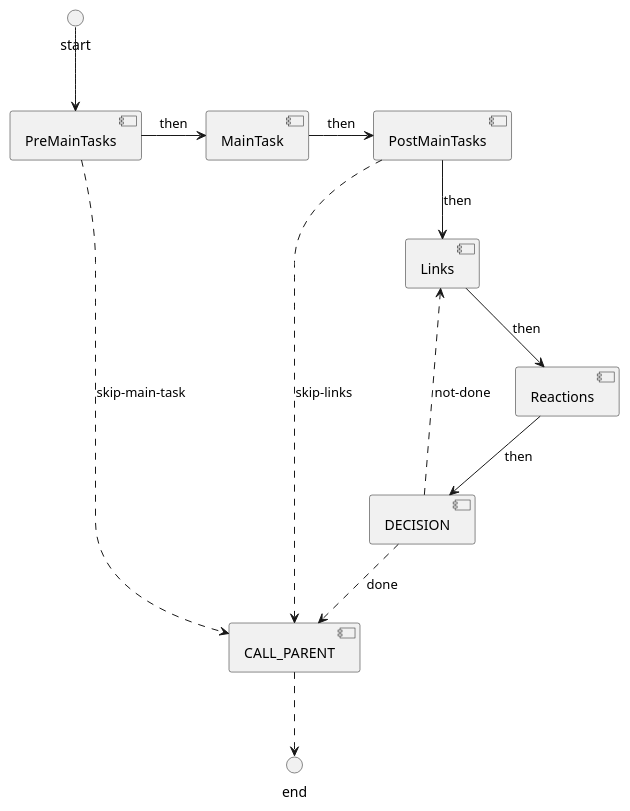
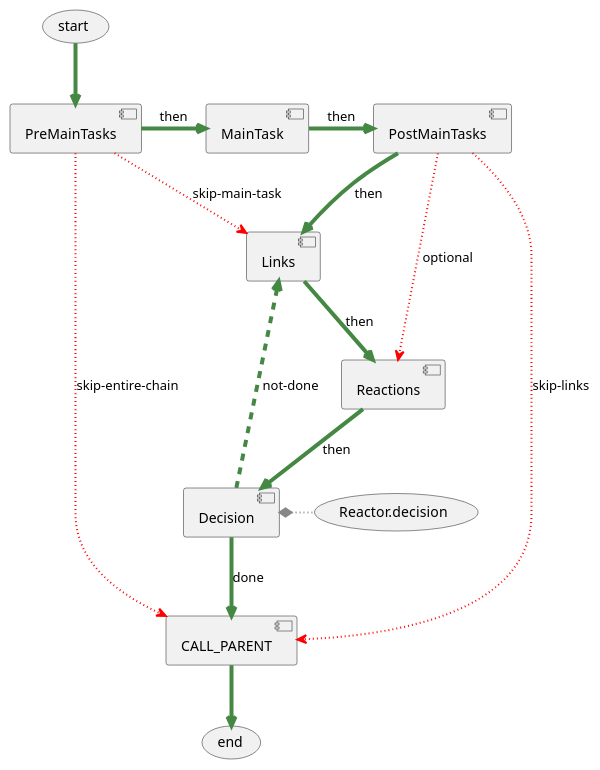
One commit to trav3ll3r/chainReaction changed the diagram in docs/chain_reactor.plantuml. Above: the diagram before and after it, drawn with PlantUML. The commit also changed 16 other files, not shown here.

Commit message:
Execute startChain on new single thread

```diff
--- a/docs/chain_reactor.plantuml
+++ b/docs/chain_reactor.plantuml
@@ -1,19 +1,24 @@
 @startuml
+    skinparam arrowThickness 4
+    skinparam arrowColor #448844
 
-    start --> [PreMainTasks]
+    (start) --> [PreMainTasks]
 	[PreMainTasks] -right-> [MainTask] : then
 	[MainTask] -right-> [PostMainTasks] : then
 	[PostMainTasks] --> [Links] : then
 
 	[Links] --> [Reactions] : then
 
-	[Reactions] -down-> [DECISION]  : then
-	[DECISION] .right.> [Links] : not-done
+	[Reactions] -down-> [Decision] : then
+	[Decision] .right.> [Links] : not-done
 
+    [Decision] *-[dotted,#888,thickness=2]right- (Reactor.decision)
+	[Decision] --> [CALL_PARENT] : done
+	[PreMainTasks] .[dotted,#f00,thickness=2].> [CALL_PARENT] : skip-entire-chain
+	[PostMainTasks] .[dotted,#f00,thickness=2].> [CALL_PARENT] : skip-links
 
-	[DECISION] ..> [CALL_PARENT] : done
-	[PreMainTasks] ..> [CALL_PARENT] : skip-main-task
-	[PostMainTasks] ..> [CALL_PARENT] : skip-links
+	[CALL_PARENT] --> (end)
 
-	[CALL_PARENT] ..> end
+	[PreMainTasks] .[dotted,#f00,thickness=2].> [Links]: skip-main-task
+	[PostMainTasks] .[dotted,#f00,thickness=2].> [Reactions] : optional
 @enduml
```
